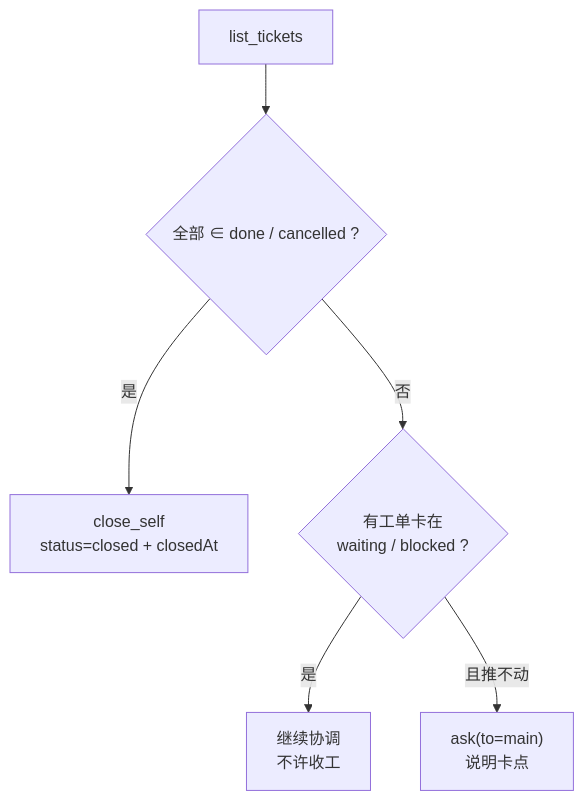
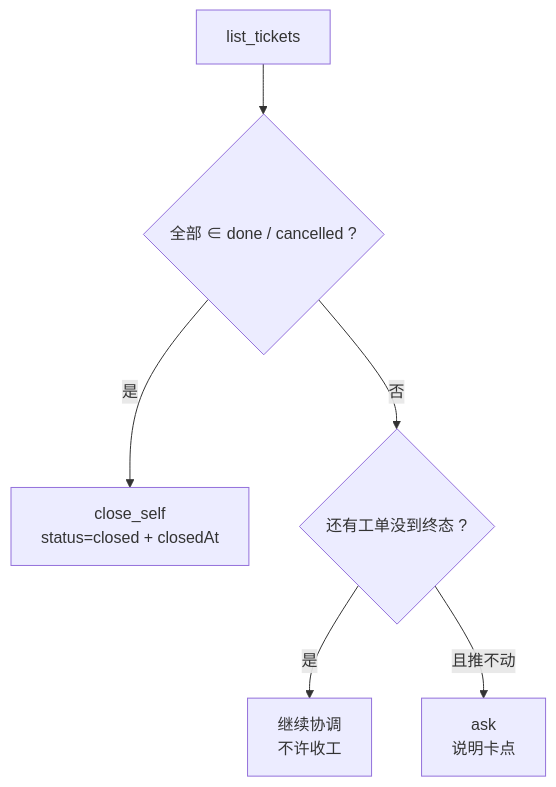
One commit to hairyf/dsh-nexus changed diagram 16 of 18 in docs/flow.md. Above: the diagram before and after it, drawn with Mermaid. The commit also changed other lines of this file and 7 other files, not shown here.

````diff
--- a/docs/flow.md
+++ b/docs/flow.md
@@ -424,8 +496,8 @@
 ```mermaid
 flowchart TD
     A["list_tickets"] --> B{"全部 ∈ done / cancelled ?"}
     B -->|是| C["close_self<br/>status=closed + closedAt"]
-    B -->|否| D{"有工单卡在<br/>waiting / blocked ?"}
+    B -->|否| D{"还有工单没到终态 ?"}
     D -->|是| E["继续协调<br/>不许收工"]
-    D -->|"且推不动"| F["ask(to=main)<br/>说明卡点"]
+    D -->|"且推不动"| F["ask<br/>说明卡点"]
 ```
````
